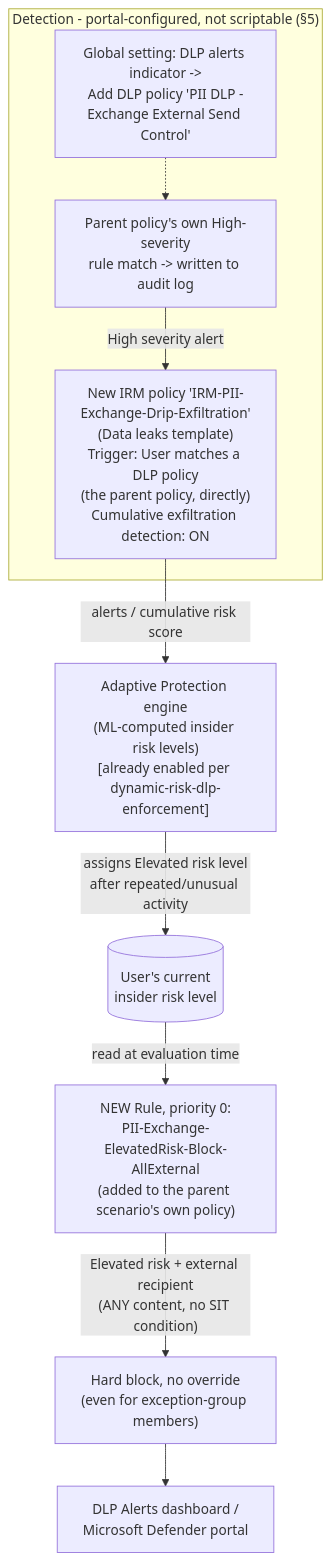
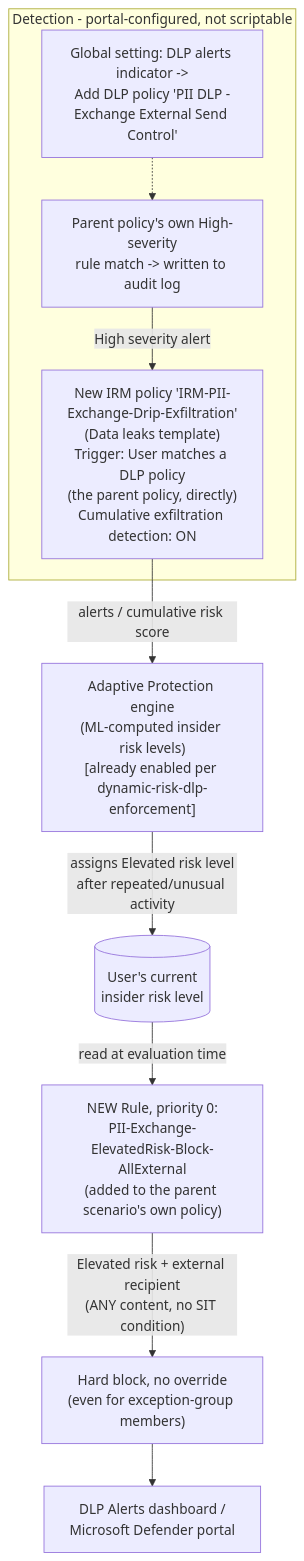
The diagram in src/content/scenarios/dlp/exchange-pii-exfil-block-part2-obfuscation-mitigation.md (kpsec1/kpsec1.github.io), drawn with Mermaid before and after one commit. The commit also changed 269 other files, not shown here.

````diff
--- a/src/content/scenarios/dlp/exchange-pii-exfil-block-part2-obfuscation-mitigation.md
+++ b/src/content/scenarios/dlp/exchange-pii-exfil-block-part2-obfuscation-mitigation.md
@@ -43,15 +43,15 @@
 ```mermaid
 flowchart TD
-    subgraph Detect["Detection - portal-configured, not scriptable (§5)"]
+    subgraph Detect["Detection - portal-configured, not scriptable"]
         GlobalInd["Global setting: DLP alerts indicator ->\nAdd DLP policy 'PII DLP -\nExchange External Send Control'"]
         ParentPolicy["Parent policy's own High-severity\nrule match -> written to audit log"]
         IRM["New IRM policy 'IRM-PII-Exchange-Drip-Exfiltration'\n(Data leaks template)\nTrigger: User matches a DLP policy\n(the parent policy, directly)\nCumulative exfiltration detection: ON"]
         GlobalInd -.-> ParentPolicy
         ParentPolicy -->|High severity alert| IRM
     end
     IRM -->|alerts / cumulative risk score| APEngine["Adaptive Protection engine\n(ML-computed insider risk levels)\n[already enabled per dynamic-risk-dlp-enforcement]"]
     APEngine -->|"assigns Elevated risk level\nafter repeated/unusual activity"| RiskLevel[("User's current\ninsider risk level")]
     RiskLevel -->|"read at evaluation time"| NewRule["NEW Rule, priority 0:\nPII-Exchange-ElevatedRisk-Block-AllExternal\n(added to the parent scenario's own policy)"]
     NewRule -->|"Elevated risk + external recipient\n(ANY content, no SIT condition)"| Block["Hard block, no override\n(even for exception-group members)"]
     Block --> Reports["DLP Alerts dashboard /\nMicrosoft Defender portal"]
 ```
````
